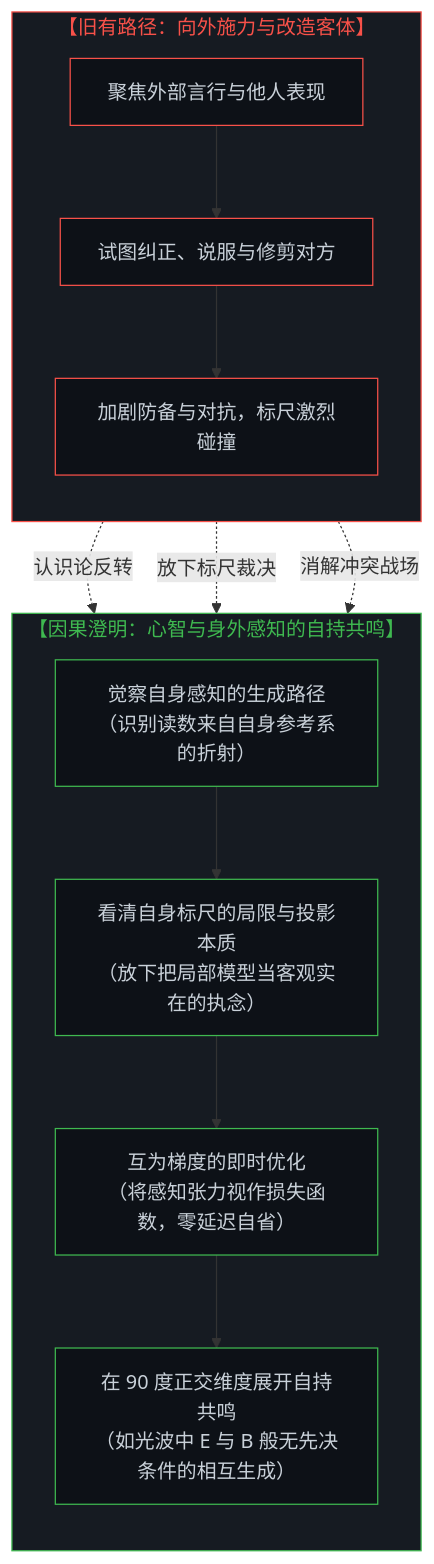
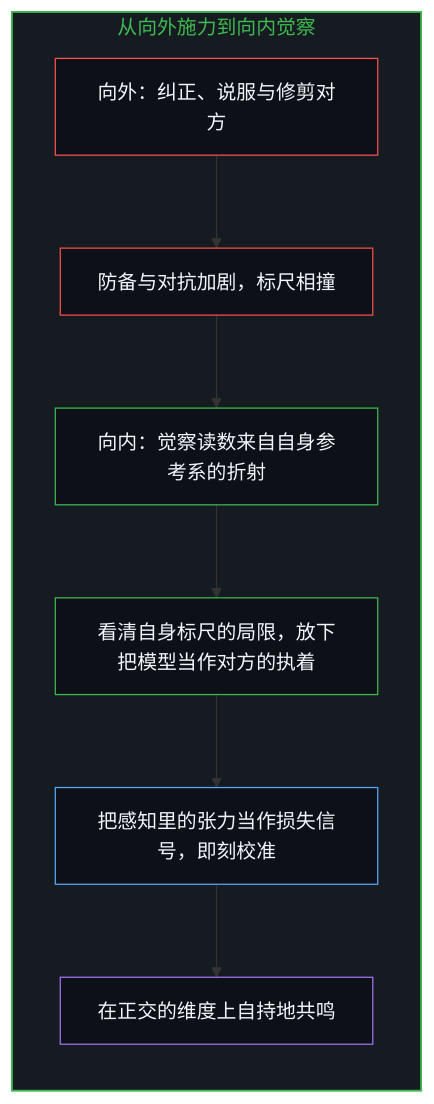
One commit to powerpig99/not-a-toe changed the ninth of 10 diagrams in content/posts/the-illusion-of-knowing-and-the-geometry-of-amputation.md. Above: the diagram before and after it, drawn with Mermaid. The commit also changed other lines of this file and 2 other files, not shown here.

Commit message:
Refine the-illusion-of-knowing: alternating bilingual layout, five paired diagrams, implicit first person

````diff
--- a/content/posts/the-illusion-of-knowing-and-the-geometry-of-amputation.md
+++ b/content/posts/the-illusion-of-knowing-and-the-geometry-of-amputation.md
@@ -240,33 +257,25 @@
 ```mermaid
-graph TD
-    subgraph S_External_Effort["【旧有路径：向外施力与改造客体】"]
+flowchart TD
+    subgraph S_Turn["从向外施力到向内觉察"]
         direction TB
-        P1["聚焦外部言行与他人表现"]
-        P2["试图纠正、说服与修剪对方"]
-        P3["加剧防备与对抗，标尺激烈碰撞"]
-        P1 --> P2 --> P3
+        Fix["向外：纠正、说服与修剪对方"]
+        Clash["防备与对抗加剧，标尺相撞"]
+        Notice["向内：觉察读数来自自身参考系的折射"]
+        Limit["看清自身标尺的局限，放下把模型当作对方的执着"]
+        Gradient["把感知里的张力当作损失信号，即刻校准"]
+        Resonate["在正交的维度上自持地共鸣"]
+        Fix --> Clash
+        Clash --> Notice
+        Notice --> Limit
+        Limit --> Gradient
+        Gradient --> Resonate
     end
 
-    subgraph S_Internal_Clarity["【因果澄明：心智与身外感知的自持共鸣】"]
-        direction TB
-        Q1["觉察自身感知的生成路径<br>（识别读数来自自身参考系的折射）"]
-        Q2["看清自身标尺的局限与投影本质<br>（放下把局部模型当客观实在的执念）"]
-        Q3["互为梯度的即时优化<br>（将感知张力视作损失函数，零延迟自省）"]
-        Q4["在 90 度正交维度展开自持共鸣<br>（如光波中 E 与 B 般无先决条件的相互生成）"]
-        Q1 --> Q2 --> Q3 --> Q4
-    end
-
-    P1 -.->|"认识论反转"| Q1
-    P2 -.->|"放下标尺裁决"| Q2
-    P3 -.->|"消解冲突战场"| Q4
-
-    style S_External_Effort fill:#161b22,stroke:#f85149,stroke-width:1px,color:#f85149
-    style S_Internal_Clarity fill:#161b22,stroke:#3fb950,stroke-width:1px,color:#3fb950
-    style P1 fill:#0d1117,stroke:#f85149,stroke-width:1px,color:#c9d1d9
-    style P2 fill:#0d1117,stroke:#f85149,stroke-width:1px,color:#c9d1d9
-    style P3 fill:#0d1117,stroke:#f85149,stroke-width:1px,color:#c9d1d9
-    style Q1 fill:#0d1117,stroke:#3fb950,stroke-width:1px,color:#c9d1d9
-    style Q2 fill:#0d1117,stroke:#3fb950,stroke-width:1px,color:#c9d1d9
-    style Q3 fill:#0d1117,stroke:#3fb950,stroke-width:1px,color:#c9d1d9
-    style Q4 fill:#0d1117,stroke:#3fb950,stroke-width:1px,color:#c9d1d9
+    style S_Turn fill:#161b22,stroke:#3fb950,stroke-width:1.5px,color:#3fb950
+    style Fix fill:#0d1117,stroke:#f85149,stroke-width:1px,color:#f0f6fc
+    style Clash fill:#0d1117,stroke:#f85149,stroke-width:1px,color:#f0f6fc
+    style Notice fill:#0d1117,stroke:#3fb950,stroke-width:1px,color:#f0f6fc
+    style Limit fill:#0d1117,stroke:#3fb950,stroke-width:1px,color:#f0f6fc
+    style Gradient fill:#0d1117,stroke:#58a6ff,stroke-width:1px,color:#f0f6fc
+    style Resonate fill:#0d1117,stroke:#a371f7,stroke-width:1px,color:#f0f6fc
 ```
````
